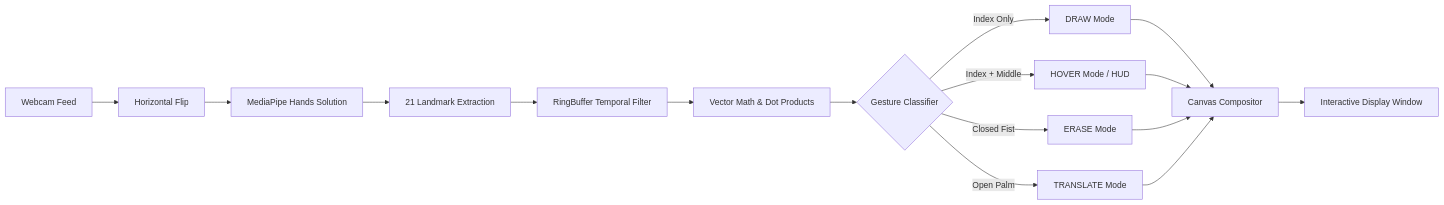
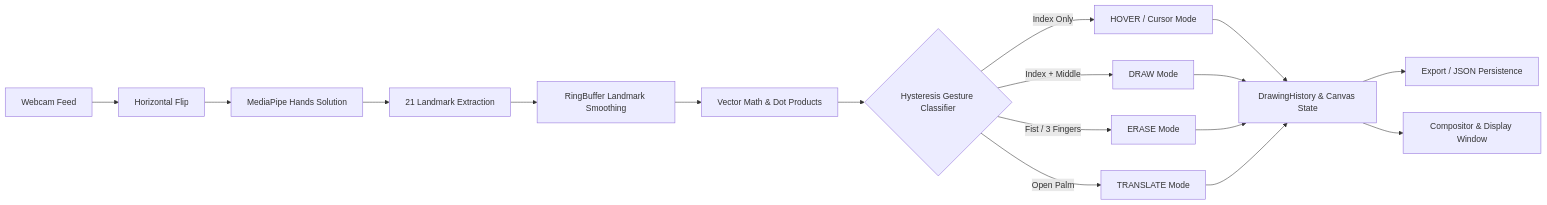
Before and after one commit to sukrut07/Airdraw: the diagram in README.md, drawn with Mermaid. The commit also changed other lines of this file and 1 other file, not shown here.

Commit message:
docs: update gesture mappings, keyboard shortcuts, and testing documentation

````diff
--- a/README.md
+++ b/README.md
@@ -58,15 +65,16 @@
 ```mermaid
 flowchart LR
     A[Webcam Feed] --> B[Horizontal Flip]
     B --> C[MediaPipe Hands Solution]
     C --> D[21 Landmark Extraction]
-    D --> E[RingBuffer Temporal Filter]
+    D --> E[RingBuffer Landmark Smoothing]
     E --> F[Vector Math & Dot Products]
-    F --> G{Gesture Classifier}
-    G -->|Index Only| H[DRAW Mode]
-    G -->|Index + Middle| I[HOVER Mode / HUD]
-    G -->|Closed Fist| J[ERASE Mode]
+    F --> G{Hysteresis Gesture Classifier}
+    G -->|Index Only| H[HOVER / Cursor Mode]
+    G -->|Index + Middle| I[DRAW Mode]
+    G -->|Fist / 3 Fingers| J[ERASE Mode]
     G -->|Open Palm| K[TRANSLATE Mode]
-    H & I & J & K --> L[Canvas Compositor]
-    L --> M[Interactive Display Window]
+    H & I & J & K --> L[DrawingHistory & Canvas State]
+    L --> M[Export / JSON Persistence]
+    L --> N[Compositor & Display Window]
 ```
````
